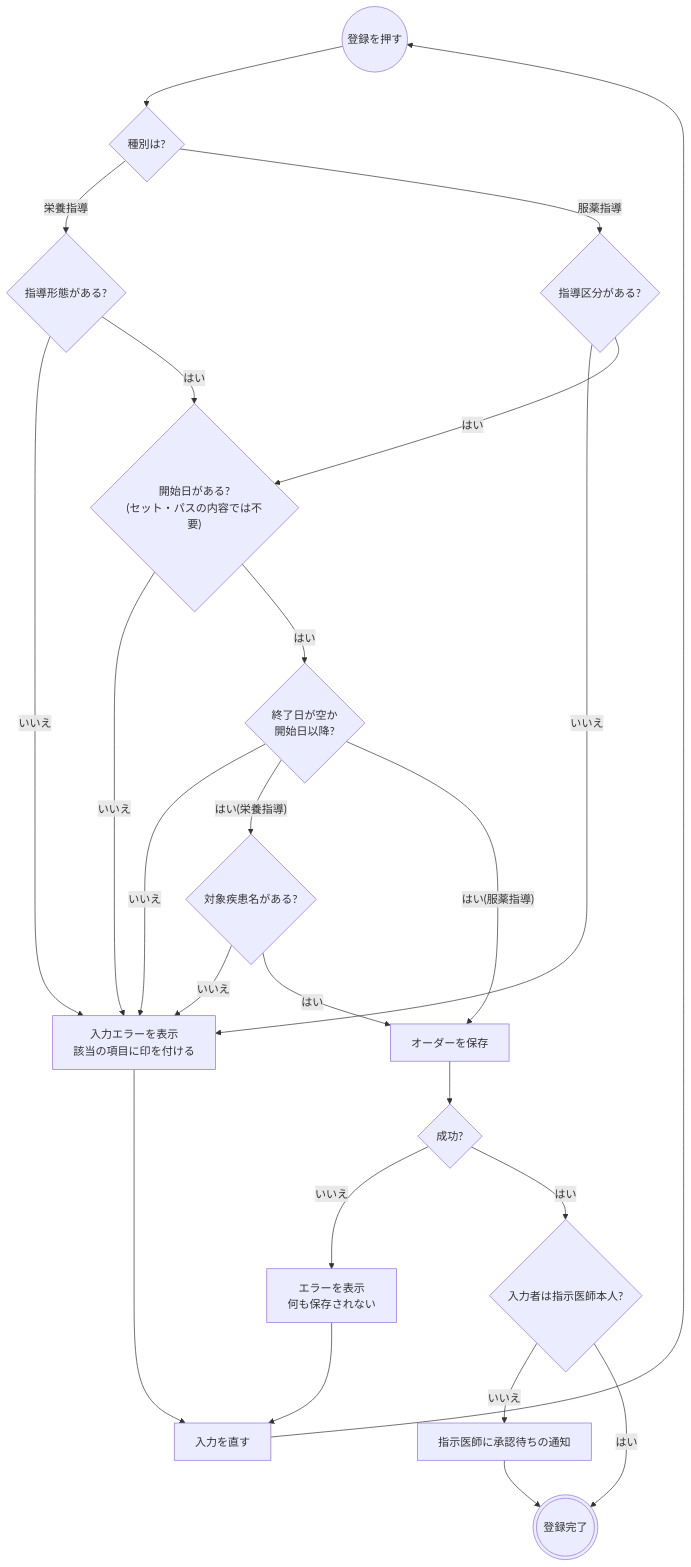
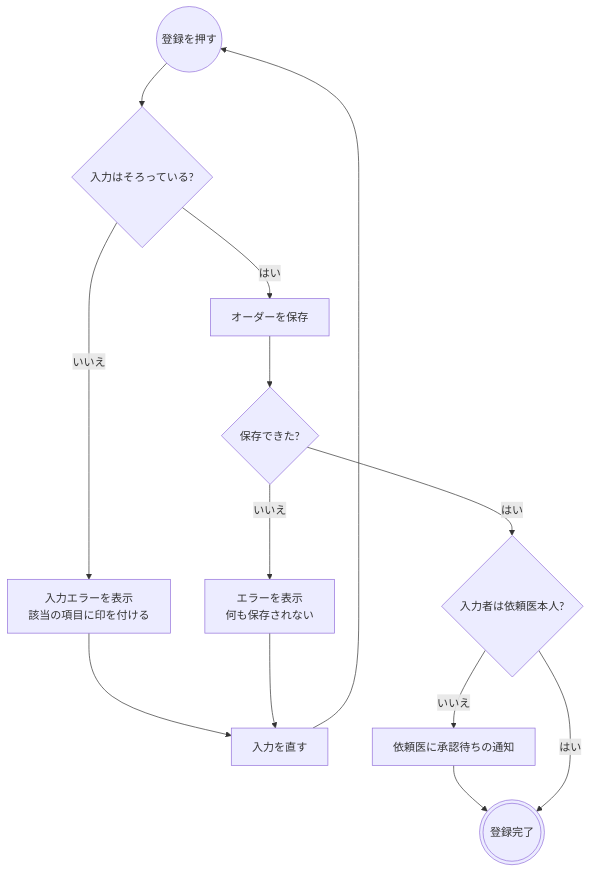
One commit to ysnr-dev/fhir-client-docs changed the third of 6 diagrams in docs/flows/guidance.md. Above: the diagram before and after it, drawn with Mermaid. The commit also changed other lines of this file and 43 other files, not shown here.

Commit message:
docs: 業務フローとシーケンス図を写し直し

````diff
--- a/docs/flows/guidance.md
+++ b/docs/flows/guidance.md
@@ -114,38 +117,21 @@
 ```mermaid
 flowchart TD
   submit(("登録を押す"))
-  kind{"種別は?"}
-  format{"指導形態がある?"}
-  disease{"対象疾患名がある?"}
-  gkind{"指導区分がある?"}
-  start{"開始日がある?<br/>(セット・パスの内容では不要)"}
-  end_q{"終了日が空か<br/>開始日以降?"}
+  check{"入力はそろっている?"}
   error["入力エラーを表示<br/>該当の項目に印を付ける"]
+  fix["入力を直す"]
   send["オーダーを保存"]
-  result{"成功?"}
+  result{"保存できた?"}
   failed["エラーを表示<br/>何も保存されない"]
-  proxy{"入力者は指示医師本人?"}
-  approval["指示医師に承認待ちの通知"]
+  proxy{"入力者は依頼医本人?"}
+  approval["依頼医に承認待ちの通知"]
   done((("登録完了")))
-  fix["入力を直す"]
 
-  submit --> kind
-  kind -- "栄養指導" --> format
-  format -- "いいえ" --> error
-  format -- "はい" --> start
-  kind -- "服薬指導" --> gkind
-  gkind -- "いいえ" --> error
-  gkind -- "はい" --> start
-  start -- "いいえ" --> error
-  start -- "はい" --> end_q
-  end_q -- "いいえ" --> error
-  end_q -- "はい(栄養指導)" --> disease
-  end_q -- "はい(服薬指導)" --> send
-  disease -- "いいえ" --> error
-  disease -- "はい" --> send --> result
+  submit --> check
+  check -- "いいえ" --> error --> fix --> submit
+  check -- "はい" --> send --> result
   result -- "いいえ" --> failed --> fix
   result -- "はい" --> proxy
   proxy -- "いいえ" --> approval --> done
   proxy -- "はい" --> done
-  error --> fix --> submit
 ```
````
